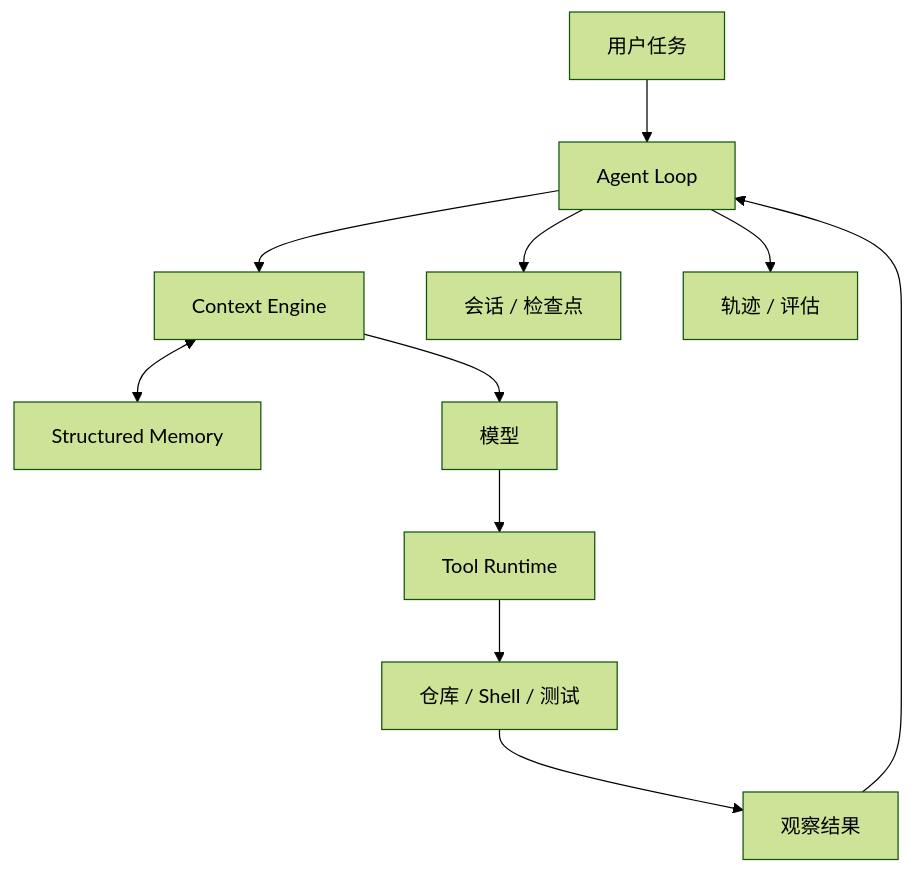
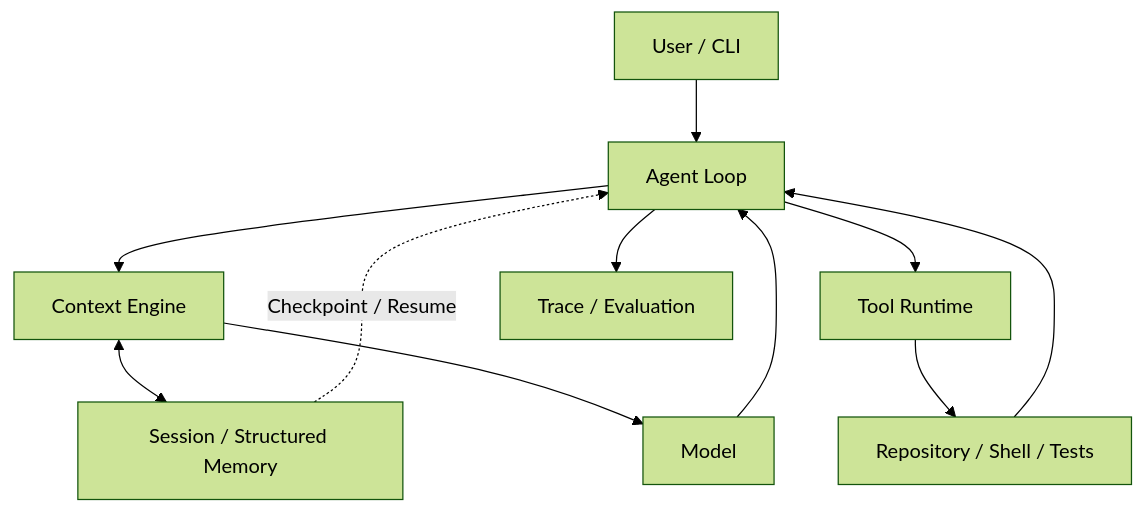
Before and after one commit to Morimi-Kazuha/Looprail-Agent: the diagram in README.zh-CN.md, drawn with Mermaid (forest theme). The commit also changed other lines of this file and 1308 other files, not shown here.

````diff
--- a/README.zh-CN.md
+++ b/README.zh-CN.md
@@ -45,13 +27,13 @@
 ```mermaid
 flowchart TD
-    U[用户任务] --> L[Agent Loop]
+    U[User / CLI] --> L[Agent Loop]
     L --> C[Context Engine]
-    C <--> M[Structured Memory]
-    C --> A[模型]
-    A --> T[Tool Runtime]
-    T --> R[仓库 / Shell / 测试]
-    R --> O[观察结果]
-    O --> L
-    L --> S[会话 / 检查点]
-    L --> E[轨迹 / 评估]
+    C <--> S[Session / Structured Memory]
+    C --> M[Model]
+    M --> L
+    L --> T[Tool Runtime]
+    T --> R[Repository / Shell / Tests]
+    R --> L
+    L --> E[Trace / Evaluation]
+    S -. Checkpoint / Resume .-> L
 ```
````
